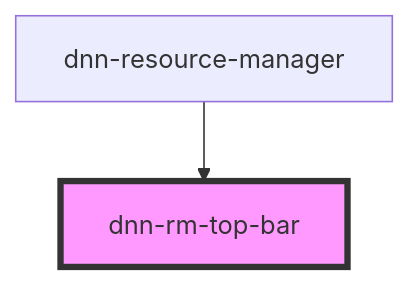
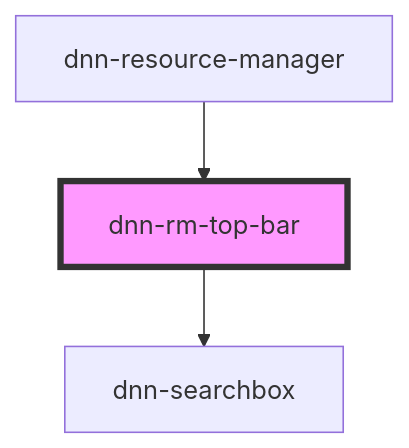
Before and after one commit to dnnsoftware/Dnn.Platform: the diagram in DNN Platform/Modules/ResourceManager/ResourceManager.Web/src/components/dnn-rm-top-bar/readme.md, drawn with Mermaid. The commit also changed other lines of this file and 23 other files, not shown here.

````diff
--- a/DNN Platform/Modules/ResourceManager/ResourceManager.Web/src/components/dnn-rm-top-bar/readme.md
+++ b/DNN Platform/Modules/ResourceManager/ResourceManager.Web/src/components/dnn-rm-top-bar/readme.md
@@ -15,5 +19,6 @@
 ```mermaid
 graph TD;
+  dnn-rm-top-bar --> dnn-searchbox
   dnn-resource-manager --> dnn-rm-top-bar
   style dnn-rm-top-bar fill:#f9f,stroke:#333,stroke-width:4px
 ```
````
